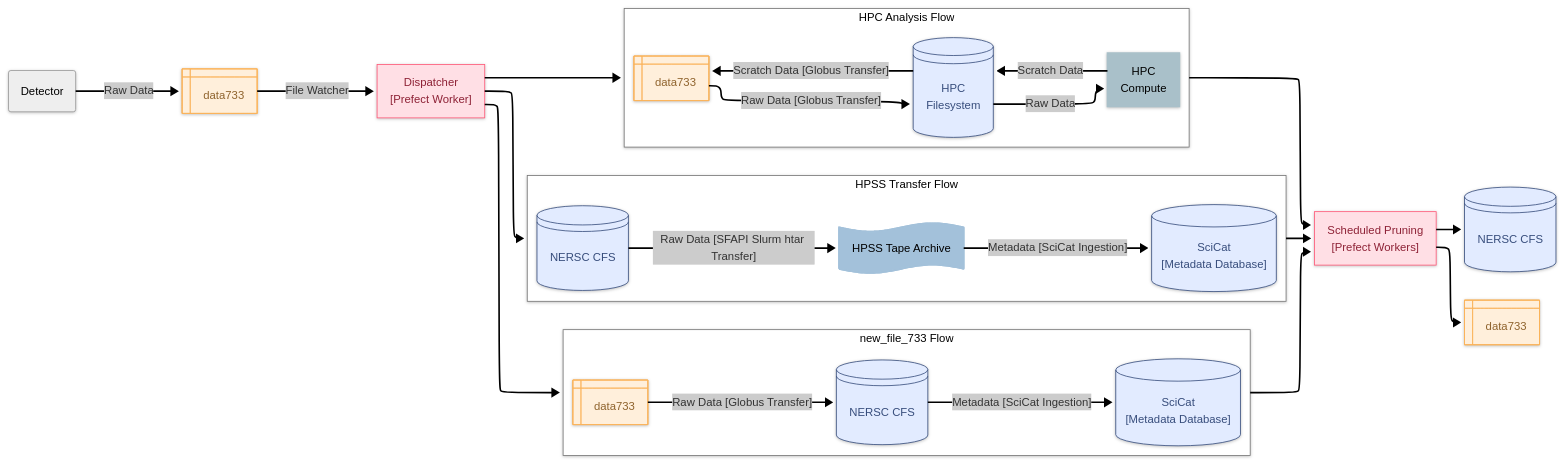
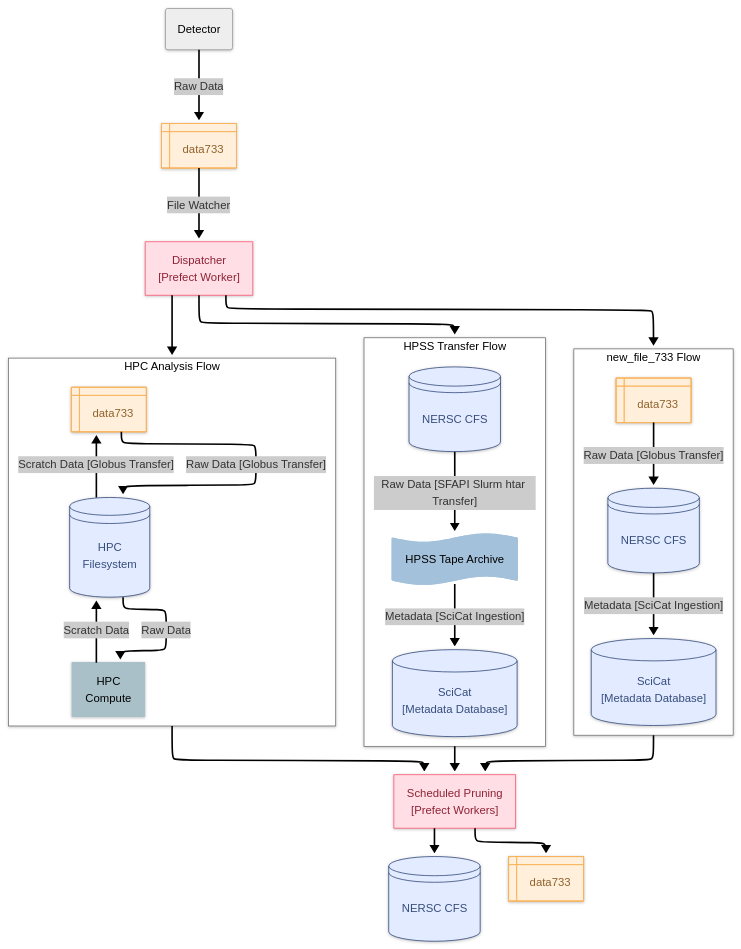
One commit to als-computing/splash_flows changed the second of 2 diagrams in docs/mkdocs/docs/bl733.md. Above: the diagram before and after it, drawn with Mermaid. The commit also changed other lines of this file and 3 other files, not shown here.

````diff
--- a/docs/mkdocs/docs/bl733.md
+++ b/docs/mkdocs/docs/bl733.md
@@ -55,83 +110,82 @@
 ```mermaid
 ---
 config:
   theme: neo
   layout: elk
   look: neo
 ---
-flowchart LR
+flowchart
  subgraph s1["new_file_733 Flow"]
         n20["data733"]
         n21["NERSC CFS"]
         n22@{ label: "SciCat<br style=\"--tw-scale-x:\">[Metadata Database]" }
   end
  subgraph s2["HPSS Transfer Flow"]
         n38["NERSC CFS"]
         n39["HPSS Tape Archive"]
         n40["SciCat <br>[Metadata Database]"]
   end
  subgraph s3["HPC Analysis Flow"]
         n41["data733"]
         n42["HPC<br>Filesystem"]
         n43["HPC<br>Compute"]
   end
     n23["data733"] -- File Watcher --> n24["Dispatcher<br>[Prefect Worker]"]
     n25["Detector"] -- Raw Data --> n23
     n24 --> s1 & s2 & s3
     n20 -- Raw Data [Globus Transfer] --> n21
     n21 -- "<span style=color:>Metadata [SciCat Ingestion]</span>" --> n22
     n32["Scheduled Pruning <br>[Prefect Workers]"] --> n35["NERSC CFS"] & n34["data733"]
     n38 -- Raw Data [SFAPI Slurm htar Transfer] --> n39
     n39 -- "<span style=color:>Metadata [SciCat Ingestion]</span>" --> n40
     s2 --> n32
     s3 --> n32
     s1 --> n32
     n41 -- Raw Data [Globus Transfer] --> n42
     n42 -- Raw Data --> n43
     n43 -- Scratch Data --> n42
     n42 -- Scratch Data [Globus Transfer] --> n41
     n20@{ shape: internal-storage}
     n21@{ shape: disk}
     n22@{ shape: db}
     n38@{ shape: disk}
     n39@{ shape: paper-tape}
     n40@{ shape: db}
     n41@{ shape: internal-storage}
     n42@{ shape: disk}
     n23@{ shape: internal-storage}
     n24@{ shape: rect}
     n25@{ shape: rounded}
     n35@{ shape: disk}
     n34@{ shape: internal-storage}
      n20:::storage
      n20:::Peach
      n21:::Sky
      n22:::Sky
      n38:::Sky
      n39:::storage
      n40:::Sky
      n41:::Peach
      n42:::Sky
      n43:::compute
      n23:::collection
      n23:::storage
      n23:::Peach
      n24:::collection
      n24:::Rose
      n25:::Ash
      n32:::Rose
      n35:::Sky
      n34:::Peach
     classDef collection fill:#D3A6A1, stroke:#D3A6A1, stroke-width:2px, color:#000000
     classDef Rose stroke-width:1px, stroke-dasharray:none, stroke:#FF5978, fill:#FFDFE5, color:#8E2236
     classDef storage fill:#A3C1DA, stroke:#A3C1DA, stroke-width:2px, color:#000000
     classDef Ash stroke-width:1px, stroke-dasharray:none, stroke:#999999, fill:#EEEEEE, color:#000000
     classDef visualization fill:#E8D5A6, stroke:#E8D5A6, stroke-width:2px, color:#000000
     classDef Peach stroke-width:1px, stroke-dasharray:none, stroke:#FBB35A, fill:#FFEFDB, color:#8F632D
     classDef Sky stroke-width:1px, stroke-dasharray:none, stroke:#374D7C, fill:#E2EBFF, color:#374D7C
     classDef compute fill:#A9C0C9, stroke:#A9C0C9, stroke-width:2px, color:#000000
     style s1 stroke:#757575
     style s2 stroke:#757575
     style s3 stroke:#757575
-
 ```
````
